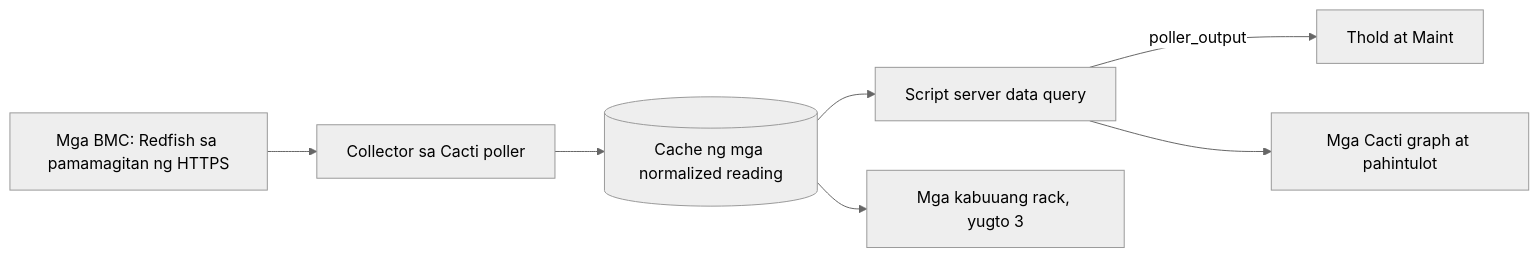
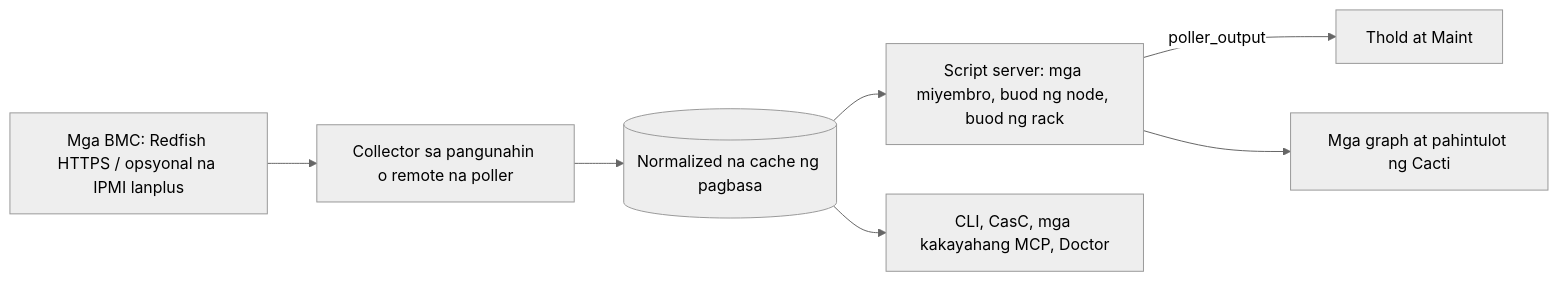
Before and after one commit to somethingwithproof/plugin_redfish: the diagram in docs/i18n/fil-PH/README.md, drawn with Mermaid (neutral theme). The commit also changed other lines of this file and 47 other files, not shown here.

````diff
--- a/docs/i18n/fil-PH/README.md
+++ b/docs/i18n/fil-PH/README.md
@@ -100,9 +140,9 @@
 ```mermaid
 flowchart LR
-    BMC[Mga BMC: Redfish sa pamamagitan ng HTTPS] --> C[Collector sa Cacti poller]
-    C --> CACHE[(Cache ng mga normalized reading)]
-    CACHE --> SS[Script server data query]
-    SS -->|poller_output| T[Thold at Maint]
-    SS --> G[Mga Cacti graph at pahintulot]
-    CACHE --> R[Mga kabuuang rack, yugto 3]
+    BMC["Mga BMC: Redfish HTTPS / opsyonal na IPMI lanplus"] --> C["Collector sa pangunahin o remote na poller"]
+    C --> CACHE[("Normalized na cache ng pagbasa")]
+    CACHE --> SS["Script server: mga miyembro, buod ng node, buod ng rack"]
+    SS -->|poller_output| T["Thold at Maint"]
+    SS --> G["Mga graph at pahintulot ng Cacti"]
+    CACHE --> ECO["CLI, CasC, mga kakayahang MCP, Doctor"]
 ```
````
